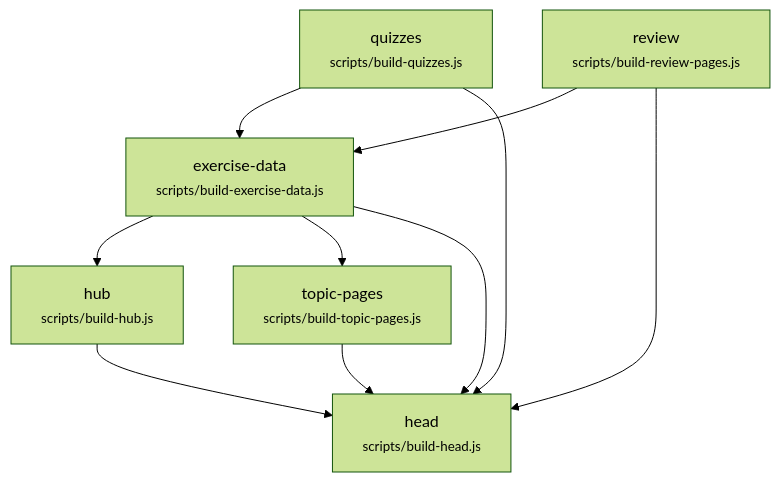
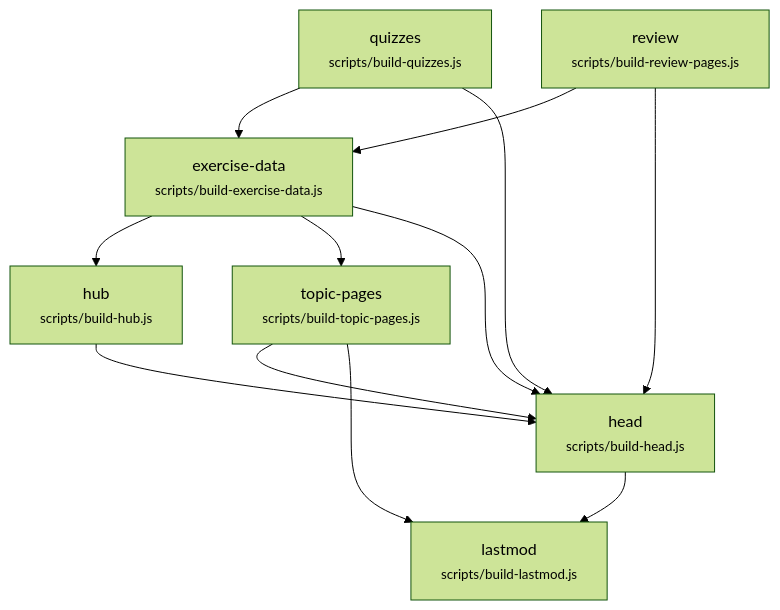
One commit to EnglishOnlineTraining/vocab-games changed the diagram in docs/build-graph.mmd. Above: the diagram before and after it, drawn with Mermaid (forest theme). The commit also changed 5 other files, not shown here.

```diff
--- a/docs/build-graph.mmd
+++ b/docs/build-graph.mmd
@@ -1,18 +1,21 @@
 %% GENERATED by scripts/build.js --write-graph — do not edit by hand.
 %% Run `node scripts/build.js --write-graph` after changing scripts/pipeline.js.
 graph TD
   quizzes["quizzes<br/><small>scripts/build-quizzes.js</small>"]
   review["review<br/><small>scripts/build-review-pages.js</small>"]
   exercise_data["exercise-data<br/><small>scripts/build-exercise-data.js</small>"]
   hub["hub<br/><small>scripts/build-hub.js</small>"]
   topic_pages["topic-pages<br/><small>scripts/build-topic-pages.js</small>"]
   head["head<br/><small>scripts/build-head.js</small>"]
+  lastmod["lastmod<br/><small>scripts/build-lastmod.js</small>"]
   quizzes --> exercise_data
   review --> exercise_data
   exercise_data --> hub
   exercise_data --> topic_pages
   hub --> head
   topic_pages --> head
   quizzes --> head
   review --> head
   exercise_data --> head
+  head --> lastmod
+  topic_pages --> lastmod
```
